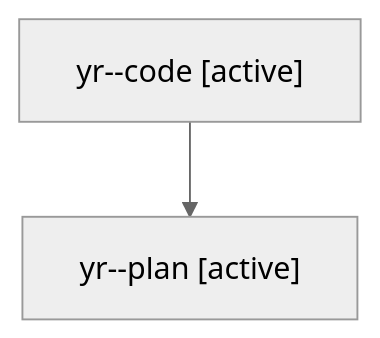
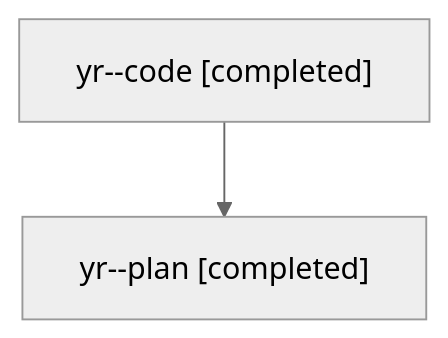
One commit to sase-org/sase--agents changed the diagram in families/bbugyi200.athena.yr.md. Above: the diagram before and after it, drawn with Mermaid (neutral theme). The commit also changed other lines of this file and 1163 other files, not shown here.

````diff
--- a/families/bbugyi200.athena.yr.md
+++ b/families/bbugyi200.athena.yr.md
@@ -9,6 +9,6 @@
 ```mermaid
 flowchart TD
-  n0["yr--code [active]"]
-  n1["yr--plan [active]"]
+  n0["yr--code [completed]"]
+  n1["yr--plan [completed]"]
   n0 --> n1
 ```
````
